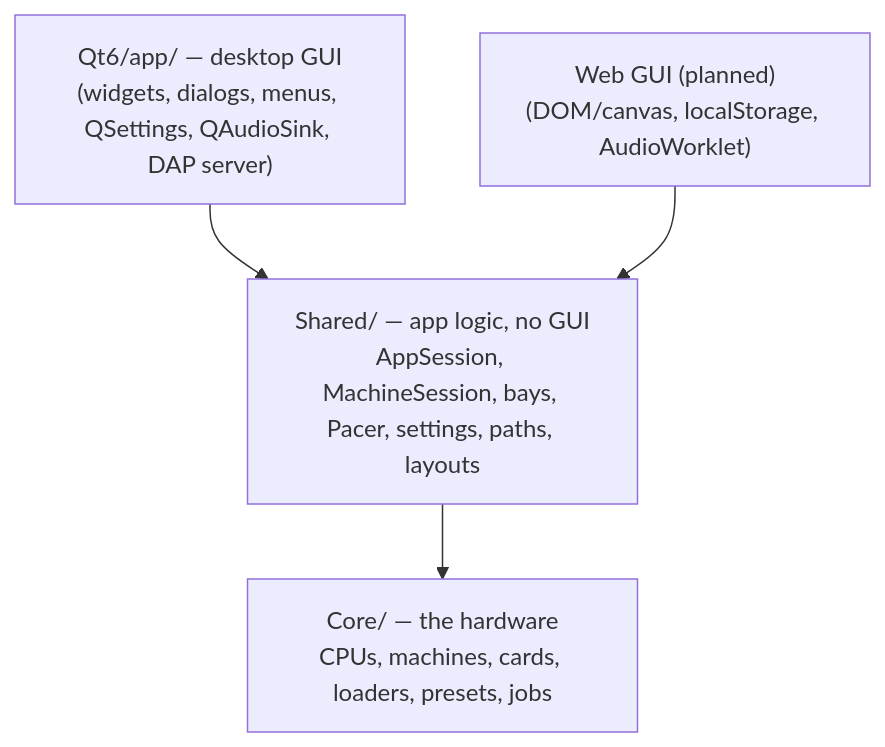
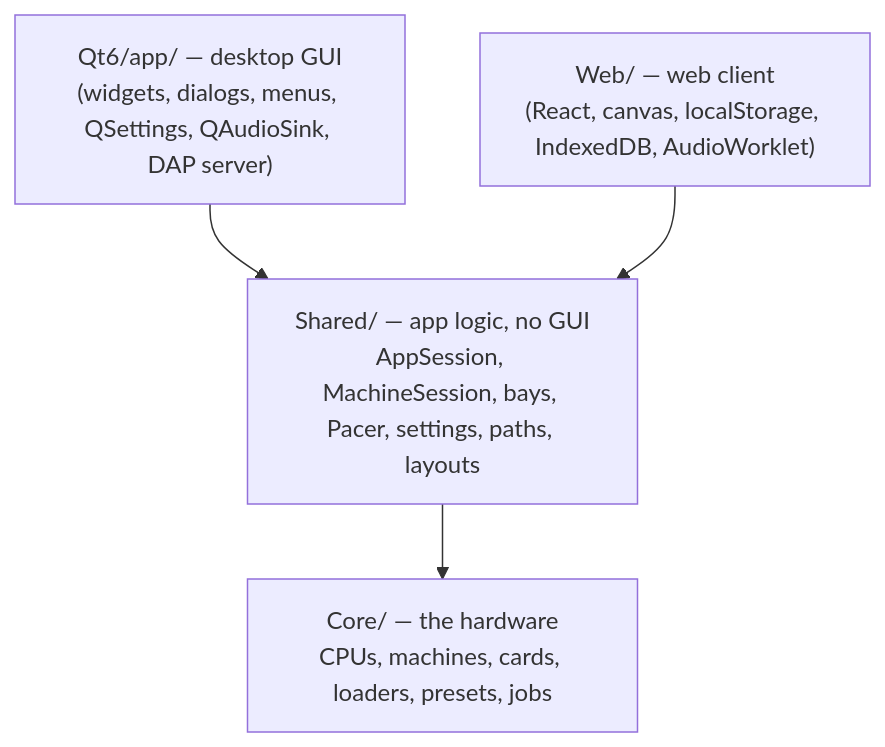
One commit to tinue/Calc-U-1600 changed the diagram in docs/developer/Shared-Architecture.md. Above: the diagram before and after it, drawn with Mermaid. The commit also changed other lines of this file and 8 other files, not shown here.

First line of the commit message:
Docs: web client -- developer guide, decisions, plan status, TODO

````diff
--- a/docs/developer/Shared-Architecture.md
+++ b/docs/developer/Shared-Architecture.md
@@ -6,10 +7,10 @@
 ```mermaid
 flowchart TB
     Qt["Qt6/app/ — desktop GUI<br/>(widgets, dialogs, menus, QSettings, QAudioSink, DAP server)"]
-    Web["Web GUI (planned)<br/>(DOM/canvas, localStorage, AudioWorklet)"]
+    Web["Web/ — web client<br/>(React, canvas, localStorage, IndexedDB, AudioWorklet)"]
     Shared["Shared/ — app logic, no GUI<br/>AppSession, MachineSession, bays, Pacer, settings, paths, layouts"]
     Core["Core/ — the hardware<br/>CPUs, machines, cards, loaders, presets, jobs"]
     Qt --> Shared
     Web --> Shared
     Shared --> Core
 ```
````
